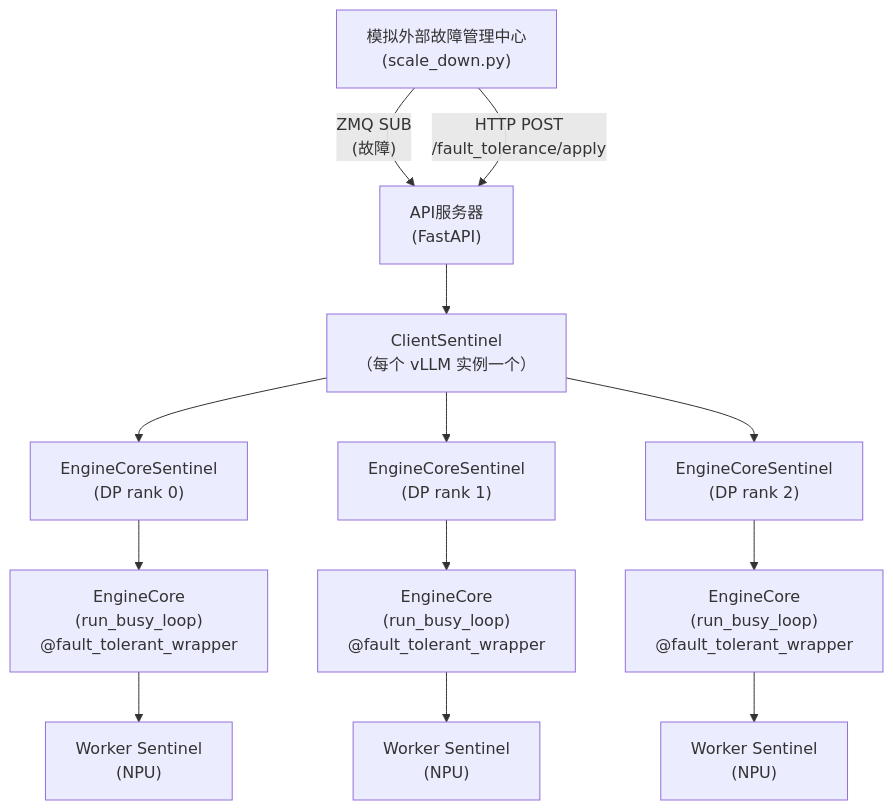
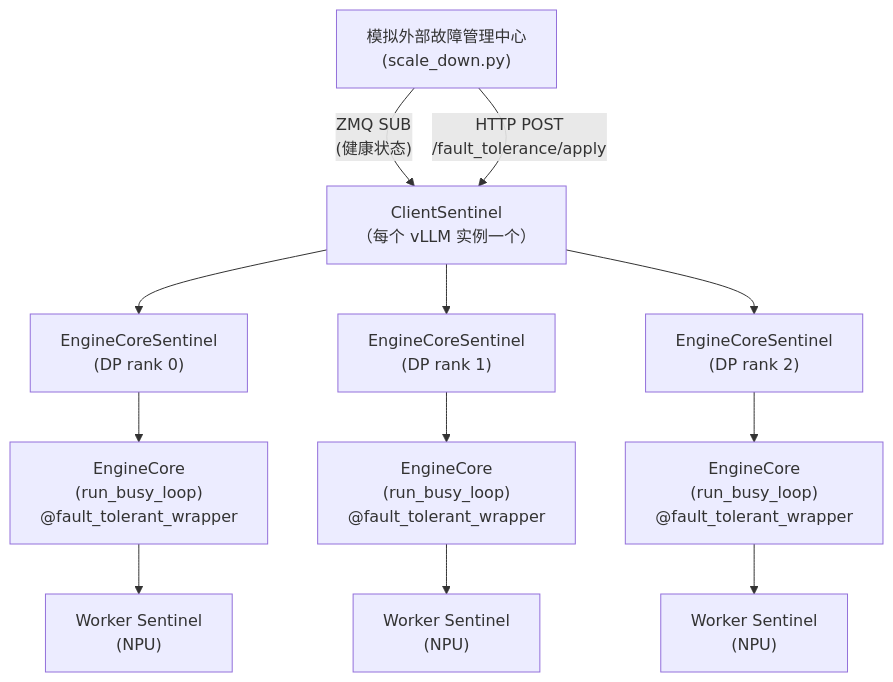
One commit to Computing-Availability-Tools/CATHelper changed the first of 4 diagrams in elastic-ep/vllm/DESIGN.md. Above: the diagram before and after it, drawn with Mermaid. The commit also changed other lines of this file and 4 other files, not shown here.

````diff
--- a/elastic-ep/vllm/DESIGN.md
+++ b/elastic-ep/vllm/DESIGN.md
@@ -12,21 +12,21 @@
 ```mermaid
 graph TD
     Monitor["模拟外部故障管理中心<br/>(scale_down.py)"]
 
-    Monitor -->|"ZMQ SUB<br/>(故障)"| API["API服务器<br/>(FastAPI)"]
-    Monitor -->|"HTTP POST<br/>/fault_tolerance/apply"| API
+    Monitor -->|"ZMQ SUB<br/>(健康状态)"| Client
+    Monitor -->|"HTTP POST<br/>/fault_tolerance/apply"| Client
 
-    API --> Client["ClientSentinel<br/>（每个 vLLM 实例一个）"]
+    Client["ClientSentinel<br/>（每个 vLLM 实例一个）"]
 
     Client --> ECS0["EngineCoreSentinel<br/>(DP rank 0)"]
     Client --> ECS1["EngineCoreSentinel<br/>(DP rank 1)"]
     Client --> ECS2["EngineCoreSentinel<br/>(DP rank 2)"]
 
     ECS0 --> EC0["EngineCore<br/>(run_busy_loop)<br/>@fault_tolerant_wrapper"]
     ECS1 --> EC1["EngineCore<br/>(run_busy_loop)<br/>@fault_tolerant_wrapper"]
     ECS2 --> EC2["EngineCore<br/>(run_busy_loop)<br/>@fault_tolerant_wrapper"]
 
     EC0 --> W0["Worker Sentinel<br/>(NPU)"]
     EC1 --> W1["Worker Sentinel<br/>(NPU)"]
     EC2 --> W2["Worker Sentinel<br/>(NPU)"]
 ```
````
